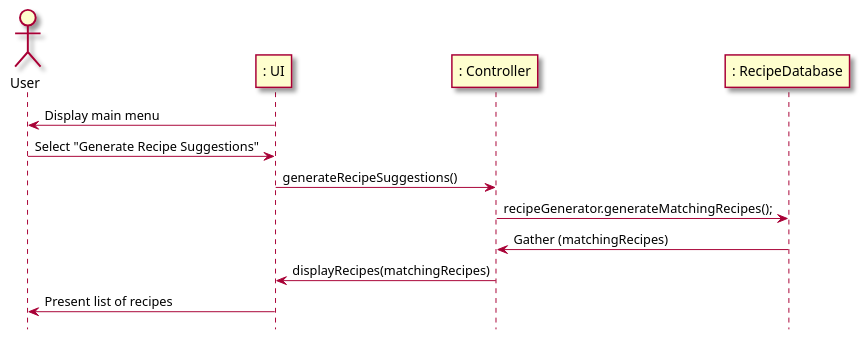
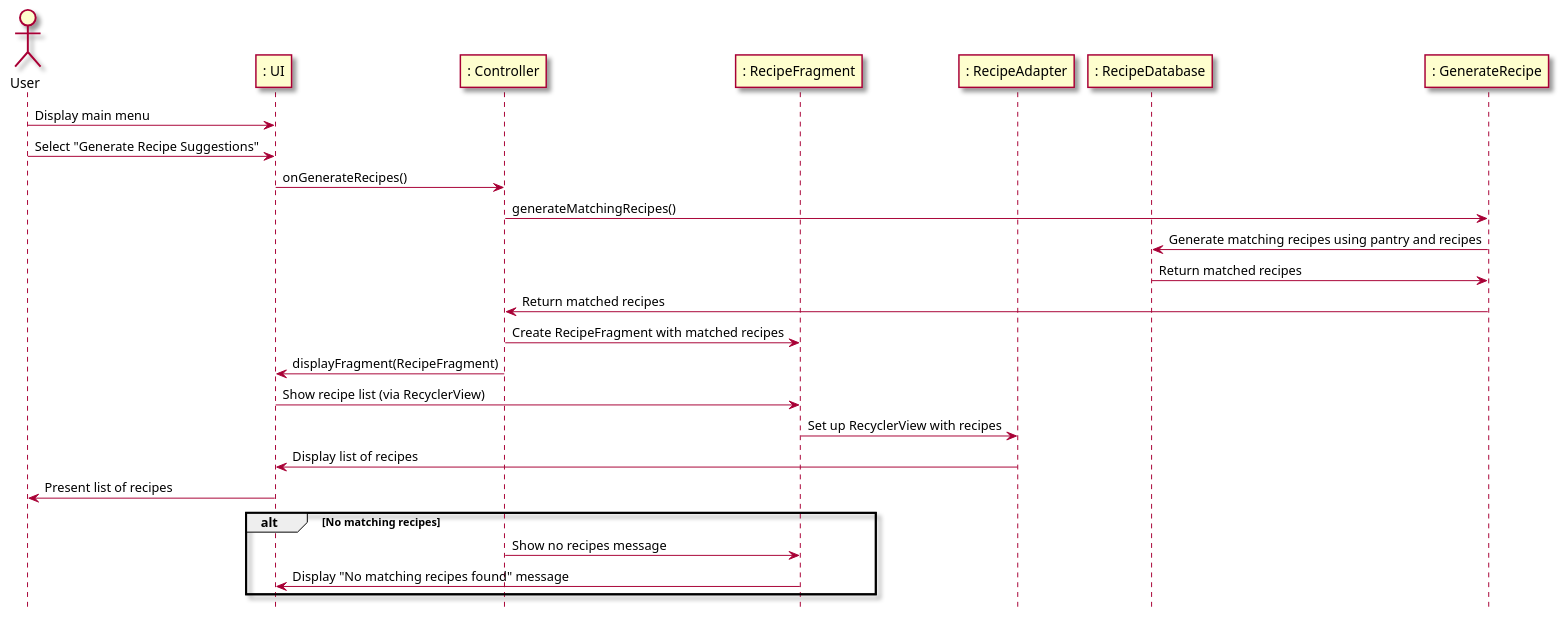
The second of 2 diagrams in intellij/doc/use-cases/generate_recipe.md (berthashipper/Pantry-Pal-Android-Application), drawn with PlantUML before and after one commit. The commit also changed other lines of this file and 11 other files, not shown here.

Commit message:
Updated sequence diagrams and workflows to reflect real code

````diff
--- a/intellij/doc/use-cases/generate_recipe.md
+++ b/intellij/doc/use-cases/generate_recipe.md
@@ -59,21 +64,39 @@
 ```plantuml
 @startuml
 skin rose
 
 hide footbox
 
 actor User as user
 participant ": UI" as ui
 participant ": Controller" as cont
+participant ": RecipeFragment" as rf
+participant ": RecipeAdapter" as ra
 participant ": RecipeDatabase" as recd
+participant ": GenerateRecipe" as gr
 
-ui -> user : Display main menu
-user -> ui : Select "Generate Recipe Suggestions"
-ui -> cont : generateRecipeSuggestions()
-cont -> recd : recipeGenerator.generateMatchingRecipes();
-recd -> cont : Gather (matchingRecipes)
-cont -> ui : displayRecipes(matchingRecipes)
-ui -> user : Present list of recipes
+user -> ui: Display main menu
+user -> ui: Select "Generate Recipe Suggestions"
+ui -> cont: onGenerateRecipes()
+
+cont -> gr: generateMatchingRecipes()
+gr -> recd: Generate matching recipes using pantry and recipes
+recd -> gr: Return matched recipes
+gr -> cont: Return matched recipes
+cont -> rf: Create RecipeFragment with matched recipes
+cont -> ui: displayFragment(RecipeFragment)
+
+ui -> rf: Show recipe list (via RecyclerView)
+rf -> ra: Set up RecyclerView with recipes
+ra -> ui: Display list of recipes
+ui -> user: Present list of recipes
+
+alt No matching recipes
+    cont -> rf: Show no recipes message
+    rf -> ui: Display "No matching recipes found" message
+end
 
 @enduml
+
+
 ```
````
